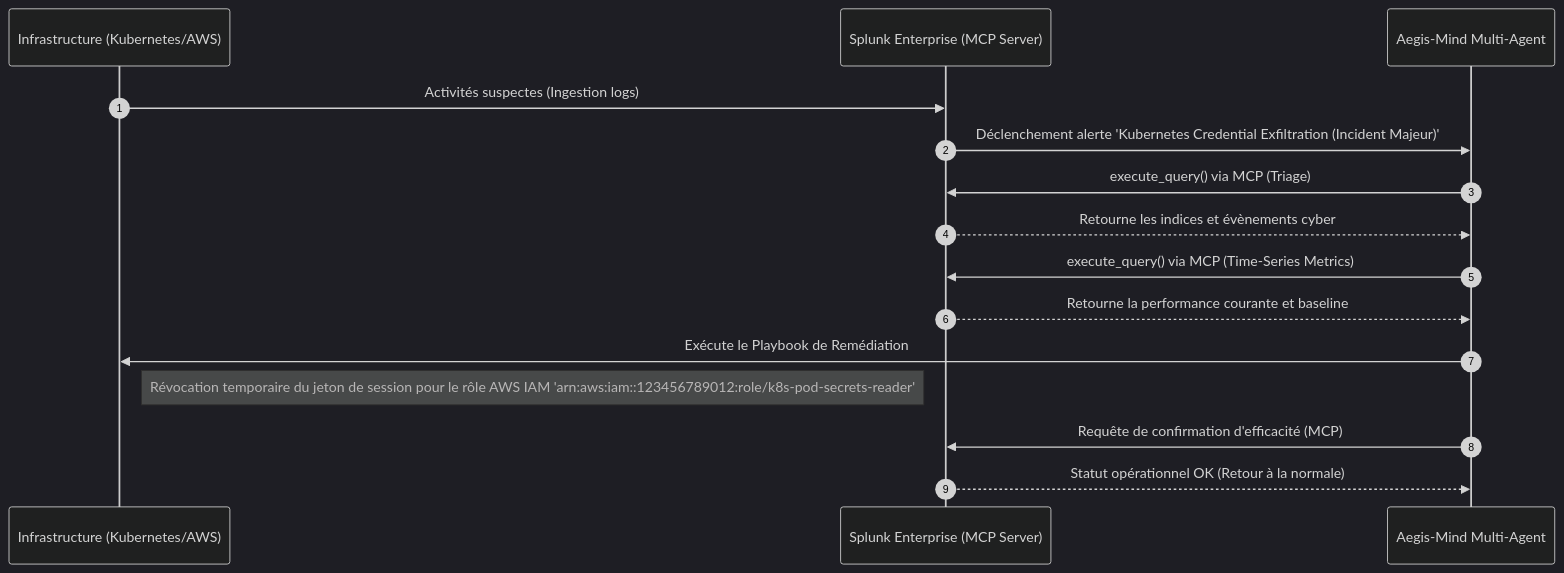
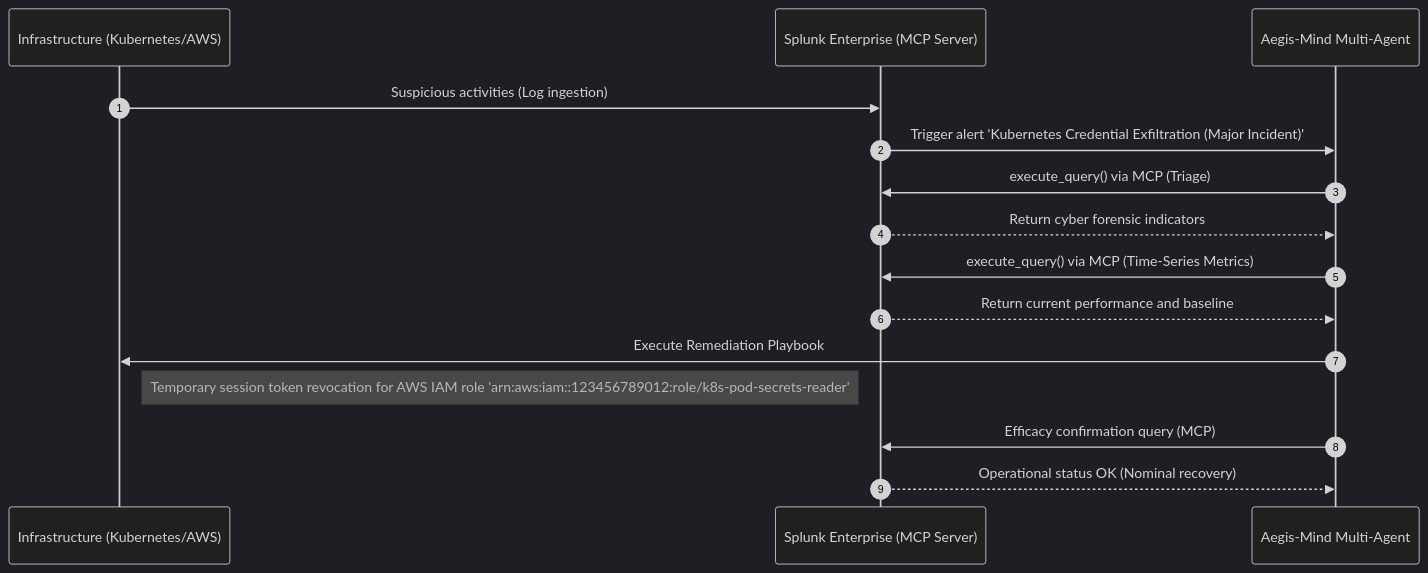
One commit to gaye-lamine/Aegis-Mind changed the diagram in post_mortem_report.md. Above: the diagram before and after it, drawn with Mermaid (dark theme). The commit also changed other lines of this file, not shown here.

````diff
--- a/post_mortem_report.md
+++ b/post_mortem_report.md
@@ -73,18 +73,18 @@
 ```mermaid
 sequenceDiagram
     autonumber
     participant Infra as Infrastructure (Kubernetes/AWS)
     participant Splunk as Splunk Enterprise (MCP Server)
     participant Aegis as Aegis-Mind Multi-Agent
-    Infra->>Splunk: Activités suspectes (Ingestion logs)
-    Splunk->>Aegis: Déclenchement alerte 'Kubernetes Credential Exfiltration (Incident Majeur)'
+    Infra->>Splunk: Suspicious activities (Log ingestion)
+    Splunk->>Aegis: Trigger alert 'Kubernetes Credential Exfiltration (Major Incident)'
     Aegis->>Splunk: execute_query() via MCP (Triage)
-    Splunk-->>Aegis: Retourne les indices et évènements cyber
+    Splunk-->>Aegis: Return cyber forensic indicators
     Aegis->>Splunk: execute_query() via MCP (Time-Series Metrics)
-    Splunk-->>Aegis: Retourne la performance courante et baseline
-    Aegis->>Infra: Exécute le Playbook de Remédiation
-    Note right of Infra: Révocation temporaire du jeton de session pour le rôle AWS IAM 'arn:aws:iam::123456789012:role/k8s-pod-secrets-reader'
-    Aegis->>Splunk: Requête de confirmation d'efficacité (MCP)
-    Splunk-->>Aegis: Statut opérationnel OK (Retour à la normale)
+    Splunk-->>Aegis: Return current performance and baseline
+    Aegis->>Infra: Execute Remediation Playbook
+    Note right of Infra: Temporary session token revocation for AWS IAM role 'arn:aws:iam::123456789012:role/k8s-pod-secrets-reader'
+    Aegis->>Splunk: Efficacy confirmation query (MCP)
+    Splunk-->>Aegis: Operational status OK (Nominal recovery)
 
 ```
````
